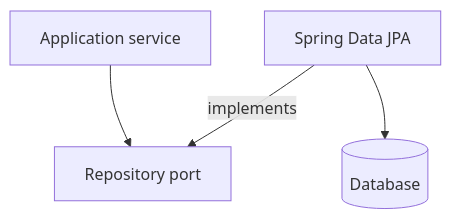
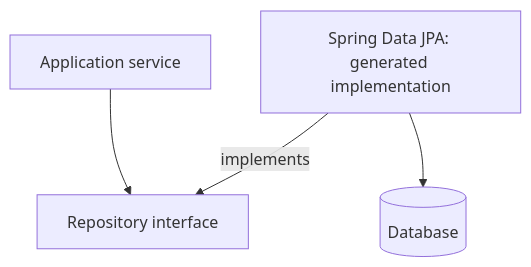
Before and after one commit to Bezugsmolluske/knowledge-base: the diagram in Backend/Spring Boot/Spring Data.md, drawn with Mermaid. The commit also changed other lines of this file and 15 other files, not shown here.

````diff
--- a/Backend/Spring Boot/Spring Data.md
+++ b/Backend/Spring Boot/Spring Data.md
@@ -25,6 +34,6 @@
 ```mermaid
 graph TD
-S[Application service] --> R[Repository port]
-J[Spring Data JPA] -->|implements| R
+S[Application service] --> R[Repository interface]
+J[Spring Data JPA: generated implementation] -->|implements| R
 J --> DB[(Database)]
 ```
````
